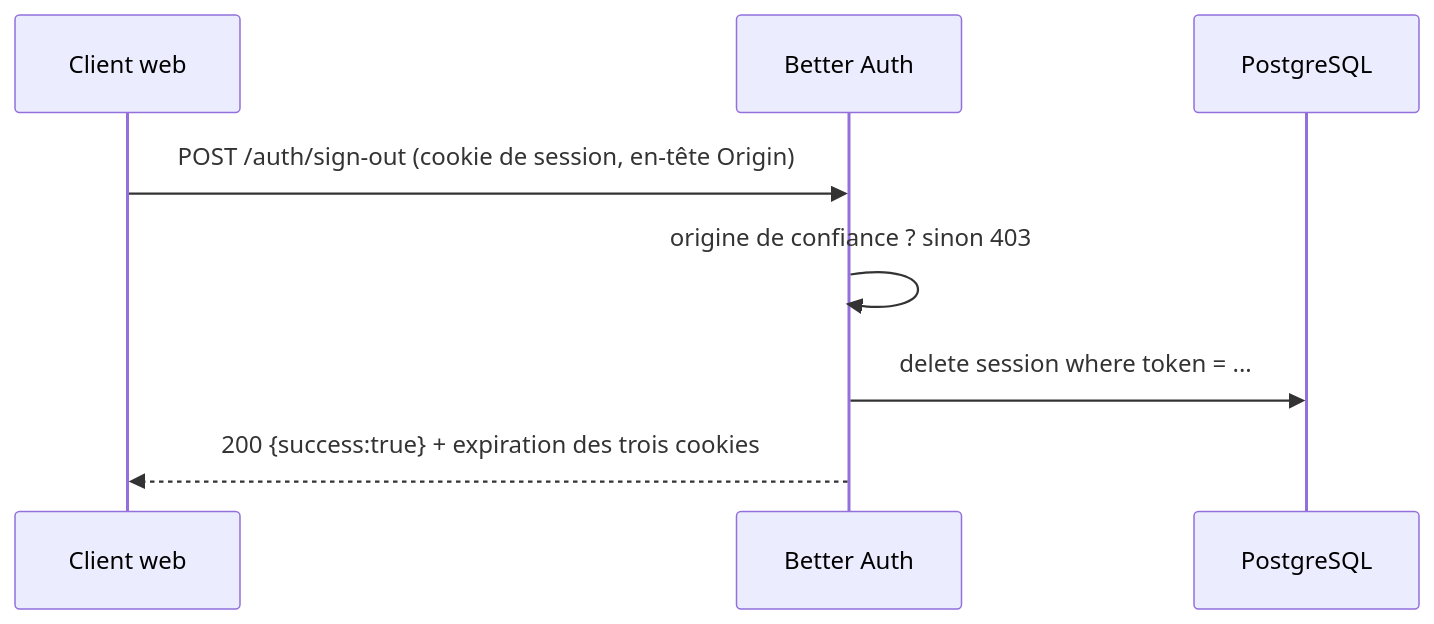
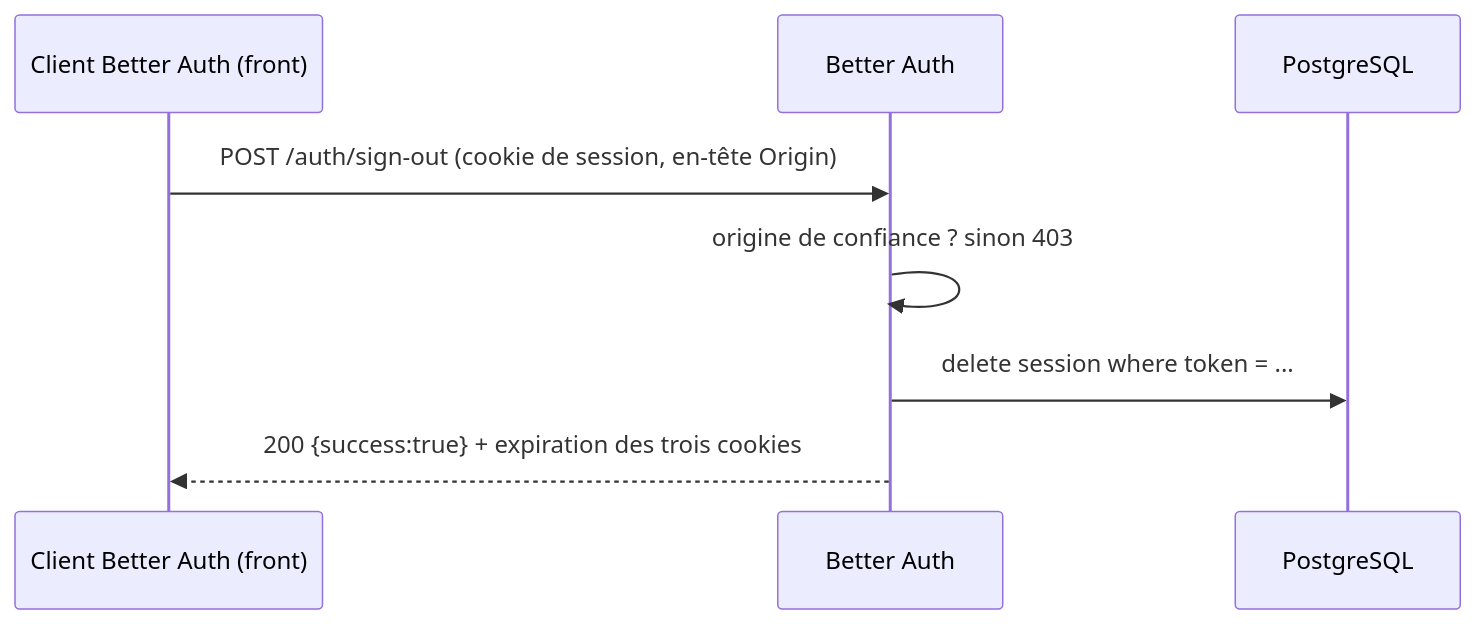
The third of 7 diagrams in docs/design/authentication.md (Charles-Mahoudeau/survivor-cartepro), drawn with Mermaid before and after one commit. The commit also changed other lines of this file and 1 other file, not shown here.

First line of the commit message:
docs(auth): rewrite the specification for the inverted schema ownership

````diff
--- a/docs/design/authentication.md
+++ b/docs/design/authentication.md
@@ -241,11 +248,11 @@
 ```mermaid
 sequenceDiagram
-    participant C as Client web
+    participant C as Client Better Auth (front)
     participant B as Better Auth
     participant D as PostgreSQL
 
     C->>B: POST /auth/sign-out (cookie de session, en-tête Origin)
     B->>B: origine de confiance ? sinon 403
     B->>D: delete session where token = ...
     B-->>C: 200 {success:true} + expiration des trois cookies
 ```
````
